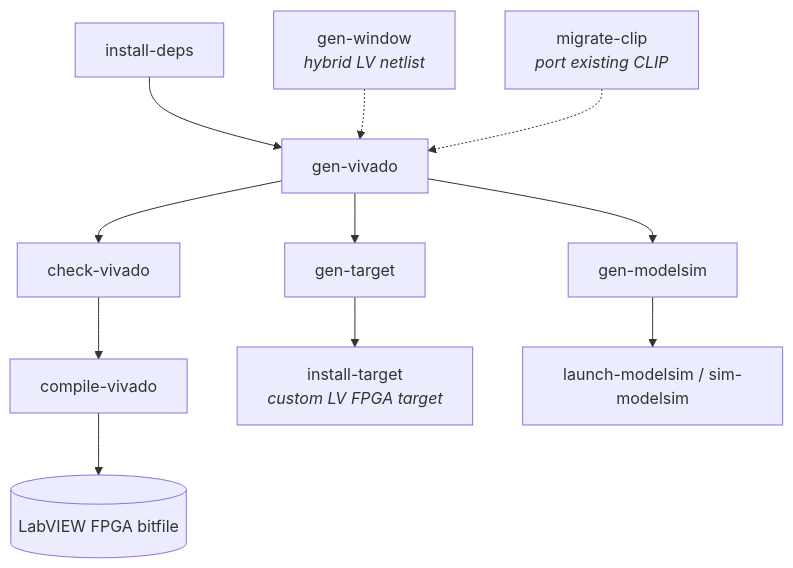
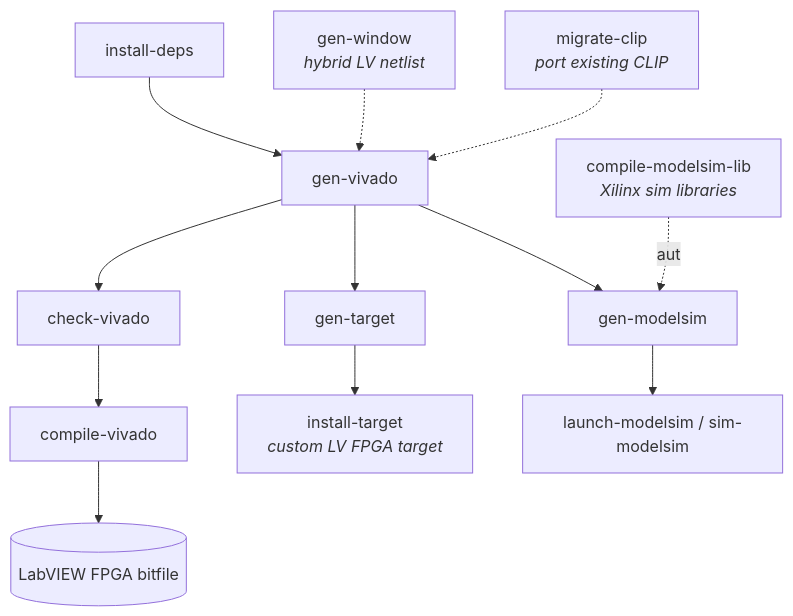
Before and after one commit to ni/labview-fpga-hdl-tools: the diagram in docs/TheoryOfOperation.md, drawn with Mermaid. The commit also changed 6 other files, not shown here.

````diff
--- a/docs/TheoryOfOperation.md
+++ b/docs/TheoryOfOperation.md
@@ -41,13 +41,14 @@
 ```mermaid
 flowchart TD
     deps[install-deps] --> genv[gen-vivado]
     win[gen-window<br/><i>hybrid LV netlist</i>] -.-> genv
     genv --> check[check-vivado]
     check --> comp[compile-vivado]
     comp --> bitx[(LabVIEW FPGA bitfile)]
 
     genv --> tgt[gen-target] --> inst[install-target<br/><i>custom LV FPGA target</i>]
     genv --> sim[gen-modelsim] --> simrun[launch-modelsim / sim-modelsim]
+    simlib[compile-modelsim-lib<br/><i>Xilinx sim libraries</i>] -.auto.-> sim
 
     clip[migrate-clip<br/><i>port existing CLIP</i>] -.-> genv
 ```
````
